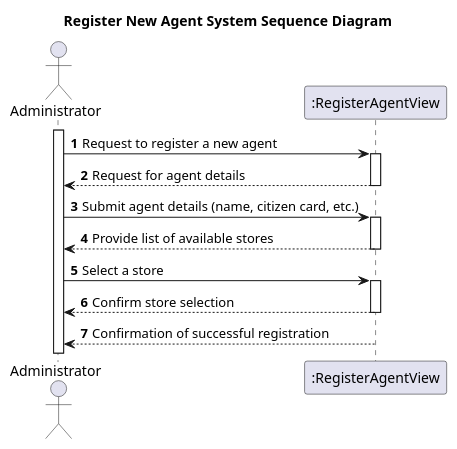
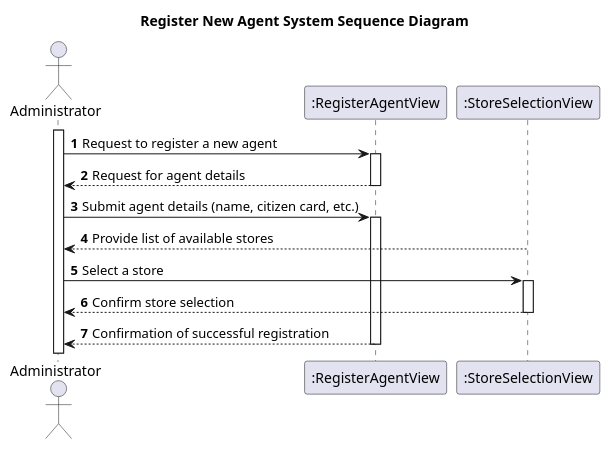
The diagram in docs/Sprint2/US11/US11-SSD.puml (goncalomaia18/leti-esoft-24-25-A2), drawn with PlantUML before and after one commit.

```diff
--- a/docs/Sprint2/US11/US11-SSD.puml
+++ b/docs/Sprint2/US11/US11-SSD.puml
@@ -1,25 +1,26 @@
 @startuml
 'https://plantuml.com/sequence-diagram
 
 title Register New Agent System Sequence Diagram
 
 autoactivate on
 autonumber
 
 actor "Administrator" as Person
 participant ":RegisterAgentView" as System
+participant ":StoreSelectionView" as Syste
 
 activate Person
 
 Person -> System: Request to register a new agent
 System --> Person: Request for agent details
 
 Person -> System: Submit agent details (name, citizen card, etc.)
-System --> Person: Provide list of available stores
+Syste --> Person: Provide list of available stores
 
-Person -> System: Select a store
-System --> Person: Confirm store selection
+Person -> Syste: Select a store
+Syste --> Person: Confirm store selection
 
 System --> Person: Confirmation of successful registration
 
 @enduml
```
